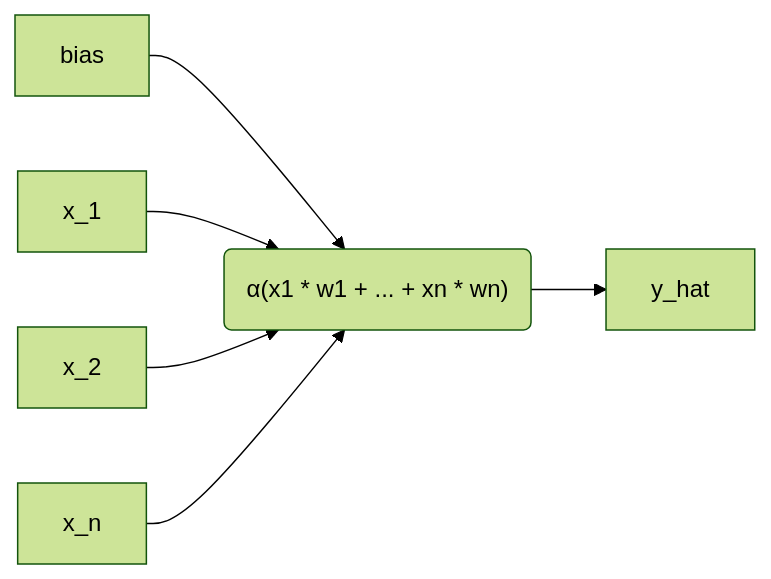
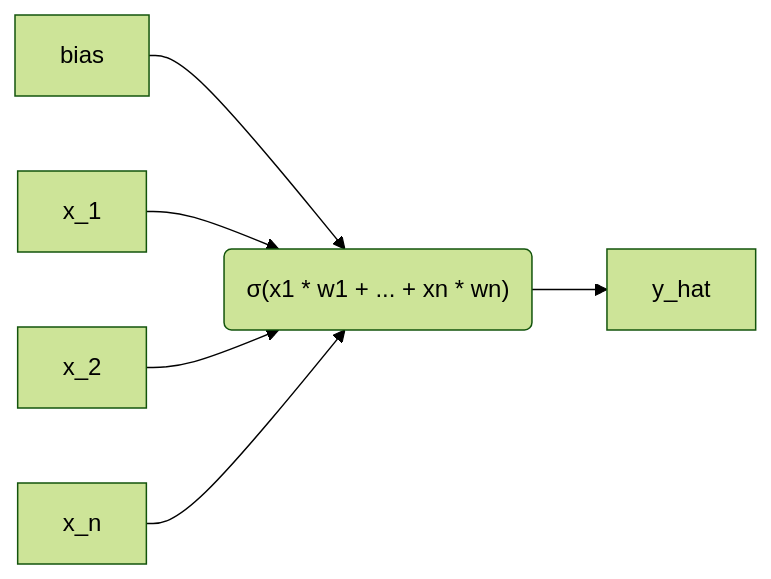
The diagram in docs/algoritmit/linear/logistic.md (sourander/ml-perusteet), drawn with Mermaid (forest theme) before and after one commit.

Commit message:
Swapped alpha symbol to sigma

````diff
--- a/docs/algoritmit/linear/logistic.md
+++ b/docs/algoritmit/linear/logistic.md
@@ -3,8 +3,8 @@
 ```mermaid
 graph LR
-    bias --> model("α(x1 * w1 + ... + xn * wn)")
+    bias --> model("σ(x1 * w1 + ... + xn * wn)")
     x_1 --> model
     x_2 --> model
     x_n --> model
     model --> out[y_hat]
 ```
````
